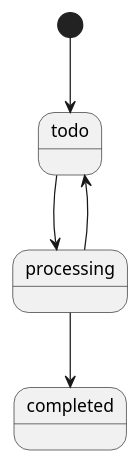
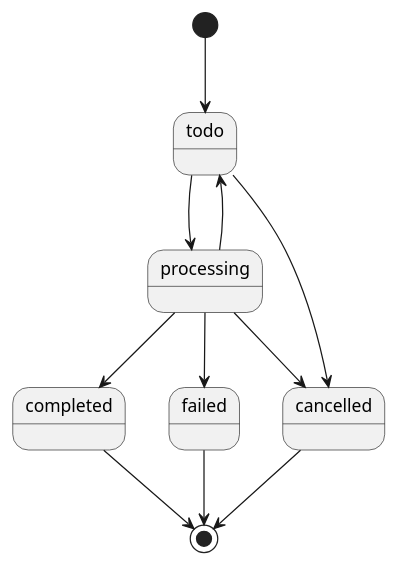
The diagram in docs/state.plantuml (tutybukuny/andpad-transcode-demo), drawn with PlantUML before and after one commit. The commit also changed 16 other files, not shown here.

```diff
--- a/docs/state.plantuml
+++ b/docs/state.plantuml
@@ -1,9 +1,15 @@
 @startuml
 'https://plantuml.com/sequence-diagram
 
 
 [*] --> todo
 todo --> processing
 processing --> completed
 processing --> todo
+processing --> failed
+todo --> cancelled
+processing --> cancelled
+completed --> [*]
+failed --> [*]
+cancelled --> [*]
 @enduml
```
